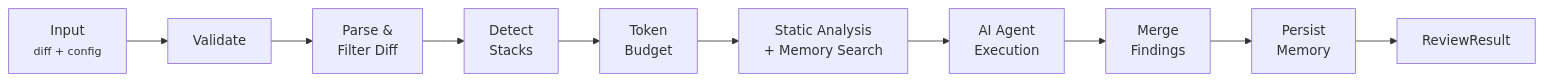
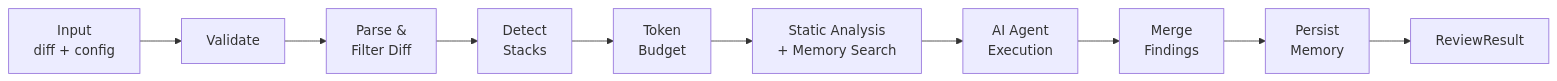
Before and after one commit to actions-marketplace-validations/JNZader_ghagga: the first of 2 diagrams in docs/review-pipeline.md, drawn with Mermaid. The commit also changed 7 other files, not shown here.

First line of the commit message:
fix(docs): remove <small> tags from Mermaid diagrams

````diff
--- a/docs/review-pipeline.md
+++ b/docs/review-pipeline.md
@@ -7,12 +7,12 @@
 ```mermaid
 flowchart LR
-  Input["Input<br/><small>diff + config</small>"] --> S1["Validate"]
+  Input["Input<br/>diff + config"] --> S1["Validate"]
   S1 --> S2["Parse &<br/>Filter Diff"]
   S2 --> S3["Detect<br/>Stacks"]
   S3 --> S4["Token<br/>Budget"]
   S4 --> S5["Static Analysis<br/>+ Memory Search"]
   S5 --> S6["AI Agent<br/>Execution"]
   S6 --> S7["Merge<br/>Findings"]
   S7 --> S8["Persist<br/>Memory"]
   S8 --> Output["ReviewResult"]
 ```
````
